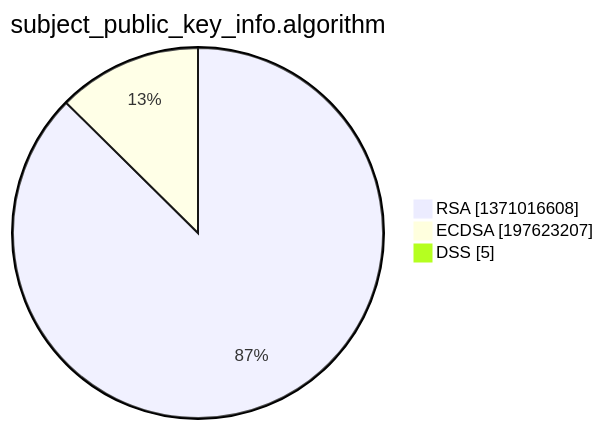
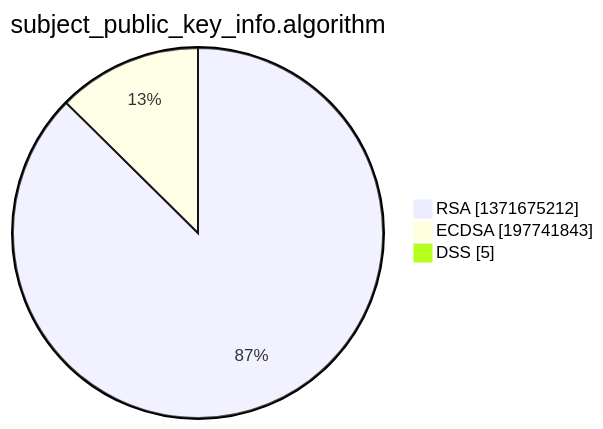
Before and after one commit to christiankrug/ctmonitor_visualization: the third of 15 diagrams in xenon2022/README.md, drawn with Mermaid. The commit also changed other lines of this file, not shown here.

````diff
--- a/xenon2022/README.md
+++ b/xenon2022/README.md
@@ -14,7 +14,7 @@
 ```mermaid
 pie showData
 title subject_public_key_info.algorithm
-"RSA" :1371016608
-"ECDSA" :197623207
+"RSA" :1371675212
+"ECDSA" :197741843
 "DSS" :5
 ```
````
